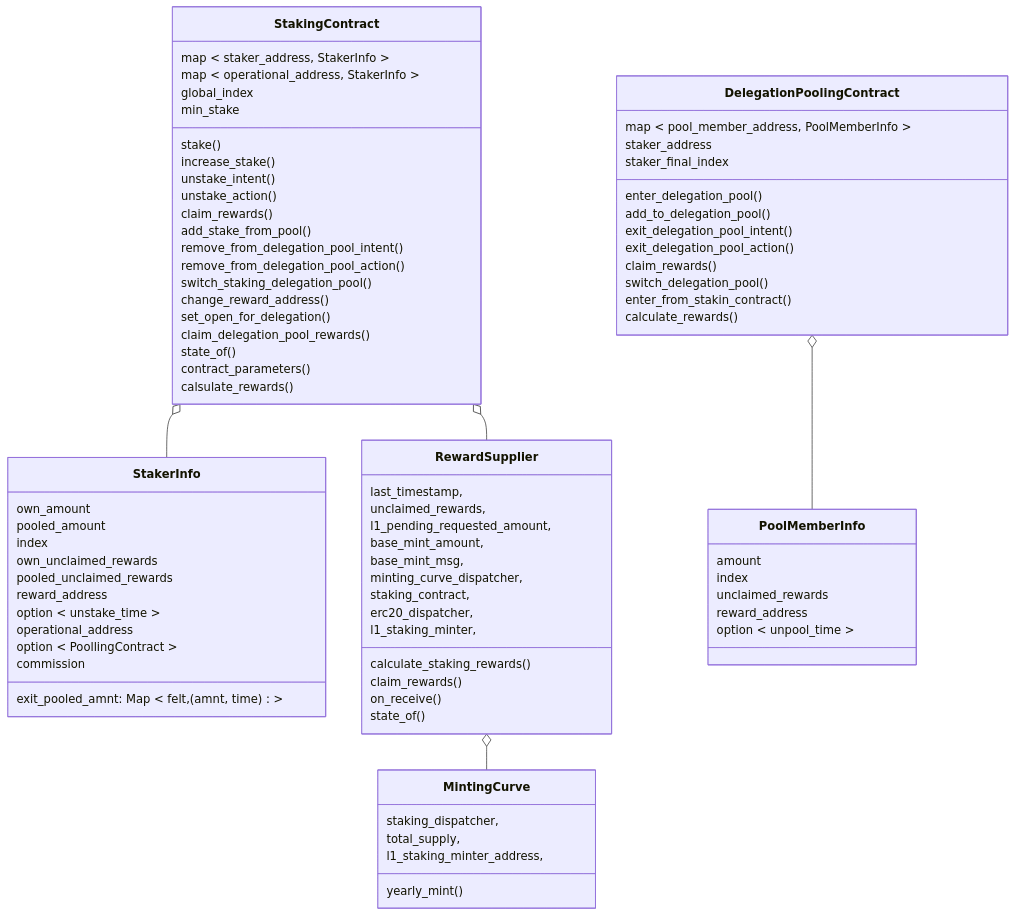
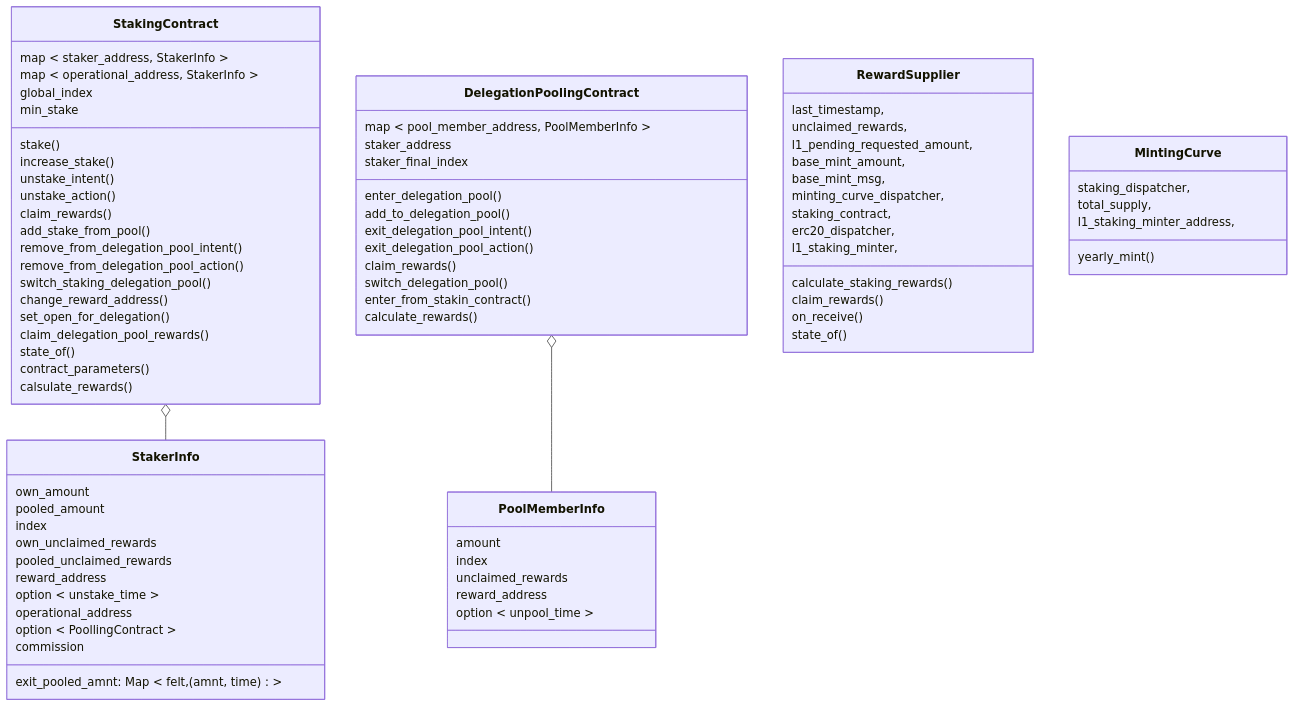
The first of 6 diagrams in workspace/apps/staking/docs/spec.md (starkware-libs/starknet-staking), drawn with Mermaid before and after one commit. The commit also changed other lines of this file, not shown here.

Commit message:
feat(staking): add l1 diagram to spec (#1678)

````diff
--- a/workspace/apps/staking/docs/spec.md
+++ b/workspace/apps/staking/docs/spec.md
@@ -197,6 +193,4 @@
   }
   StakingContract o-- StakerInfo
   DelegationPoolingContract o-- PoolMemberInfo
-  StakingContract o-- RewardSupplier
-  RewardSupplier o-- MintingCurve
 ```
````
